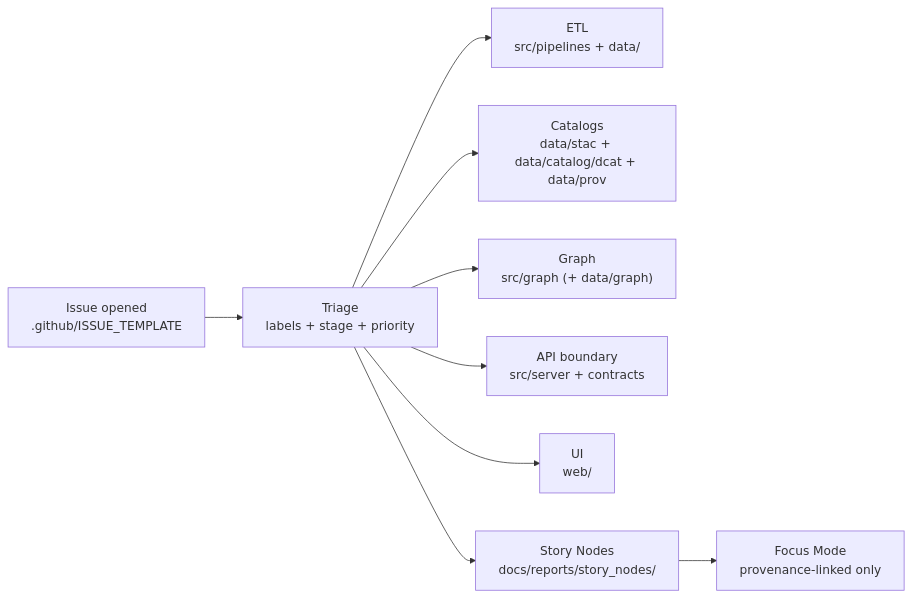
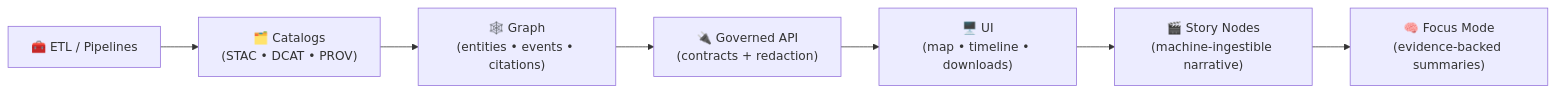
The diagram in .github/ISSUE_TEMPLATE/README.md (bartytime4life/Kansas-Frontier-Matrix), drawn with Mermaid before and after one commit. The commit also changed other lines of this file, not shown here.

````diff
--- a/.github/ISSUE_TEMPLATE/README.md
+++ b/.github/ISSUE_TEMPLATE/README.md
@@ -194,11 +75,9 @@
-~~~mermaid
+```mermaid
 flowchart LR
-  I["Issue opened<br/>.github/ISSUE_TEMPLATE"] --> T["Triage<br/>labels + stage + priority"]
-  T --> S1["ETL<br/>src/pipelines + data/<domain>"]
-  T --> S2["Catalogs<br/>data/stac + data/catalog/dcat + data/prov"]
-  T --> S3["Graph<br/>src/graph (+ data/graph)"]
-  T --> S4["API boundary<br/>src/server + contracts"]
-  T --> S5["UI<br/>web/"]
-  T --> S6["Story Nodes<br/>docs/reports/story_nodes/"]
-  S6 --> S7["Focus Mode<br/>provenance-linked only"]
-~~~
+  ETL["🧰 ETL / Pipelines"] --> CAT["🗂️ Catalogs<br/>(STAC • DCAT • PROV)"]
+  CAT --> GRAPH["🕸️ Graph<br/>(entities • events • citations)"]
+  GRAPH --> API["🔌 Governed API<br/>(contracts + redaction)"]
+  API --> UI["🖥️ UI<br/>(map • timeline • downloads)"]
+  UI --> STORY["🎬 Story Nodes<br/>(machine-ingestible narrative)"]
+  STORY --> FOCUS["🧠 Focus Mode<br/>(evidence-backed summaries)"]
+```
````
